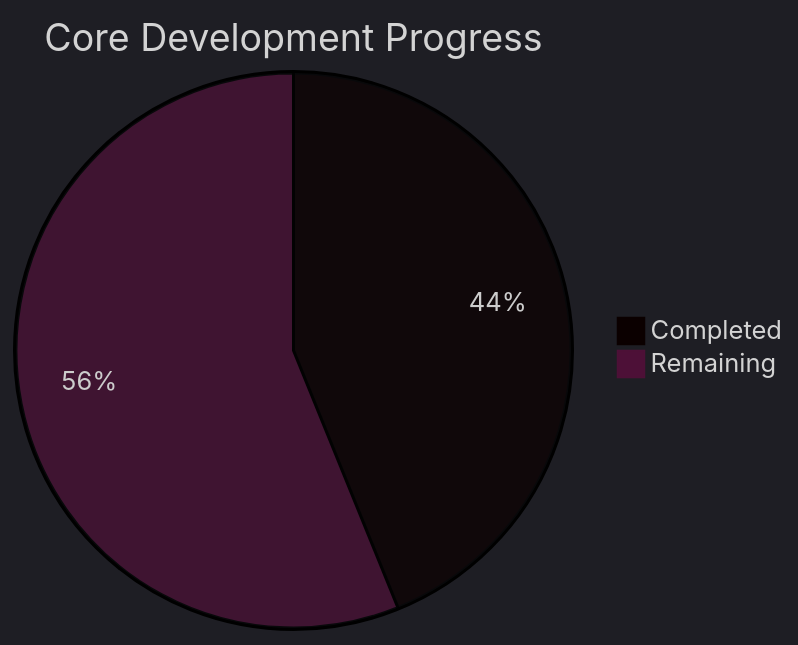
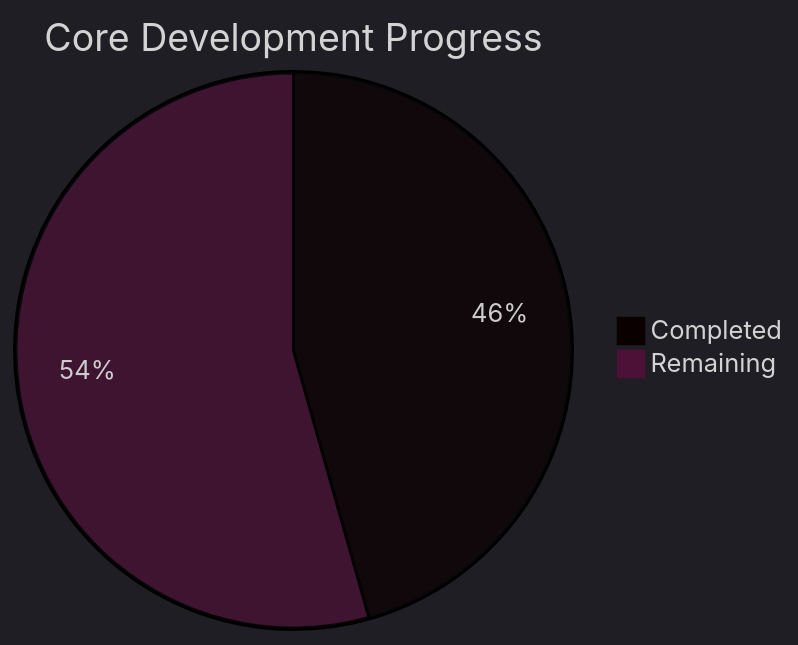
One commit to Neogleamz/SK8Lytz changed the first of 5 diagrams in tools/SK8Lytz_Bucket_List.md. Above: the diagram before and after it, drawn with Mermaid. The commit also changed other lines of this file and 3 other files, not shown here.

````diff
--- a/tools/SK8Lytz_Bucket_List.md
+++ b/tools/SK8Lytz_Bucket_List.md
@@ -9,6 +9,6 @@
 ```mermaid
 %%{init: {'theme': 'dark'}}%%
 pie title Core Development Progress
-  "Completed" : 25
-  "Remaining" : 32
+  "Completed" : 26
+  "Remaining" : 31
 ```
````
